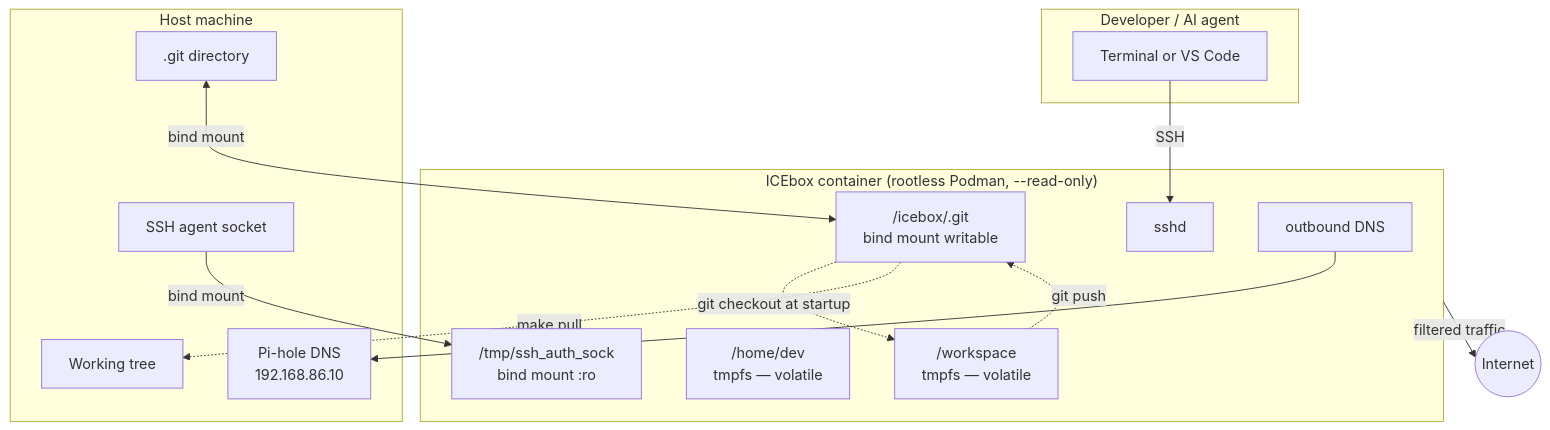
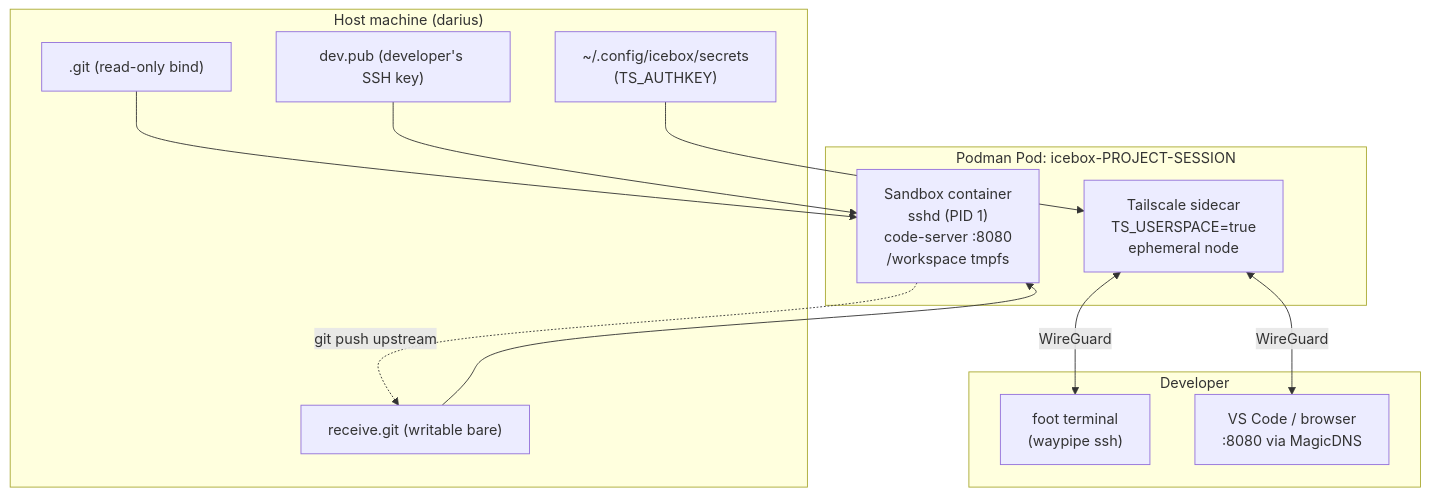
Before and after one commit to drusifer/icebox: the diagram in README.md, drawn with Mermaid. The commit also changed other lines of this file and 30 other files, not shown here.

````diff
--- a/README.md
+++ b/README.md
@@ -24,33 +29,27 @@
 ```mermaid
 graph TB
-    subgraph host["Host machine"]
-        git_dir[".git directory"]
-        wt["Working tree"]
-        agent["SSH agent socket"]
-        pihole["Pi-hole DNS\n192.168.86.10"]
+    subgraph host["Host machine (darius)"]
+        git_dir[".git (read-only bind)"]
+        receive["receive.git (writable bare)"]
+        dev_key["dev.pub (developer's SSH key)"]
+        secrets["~/.config/icebox/secrets\n(TS_AUTHKEY)"]
     end
 
-    subgraph container["ICEbox container  (rootless Podman, --read-only)"]
-        sshd["sshd"]
-        ws["/workspace\ntmpfs — volatile"]
-        home["/home/dev\ntmpfs — volatile"]
-        git_mnt["/icebox/.git\nbind mount writable"]
-        agent_mnt["/tmp/ssh_auth_sock\nbind mount :ro"]
-        dns_out["outbound DNS"]
+    subgraph pod["Podman Pod: icebox-PROJECT-SESSION"]
+        ts["Tailscale sidecar\nTS_USERSPACE=true\nephemeral node"]
+        sb["Sandbox container\nsshd (PID 1)\ncode-server :8080\n/workspace tmpfs"]
     end
 
-    subgraph dev["Developer / AI agent"]
-        terminal["Terminal or VS Code"]
+    subgraph dev["Developer"]
+        terminal["foot terminal\n(waypipe ssh)"]
+        browser["VS Code / browser\n:8080 via MagicDNS"]
     end
 
-    internet(("Internet"))
-
-    terminal -->|SSH| sshd
-    git_dir <-->|bind mount| git_mnt
-    agent -->|bind mount| agent_mnt
-    git_mnt -.->|git checkout at startup| ws
-    ws -.->|git push| git_mnt
-    git_mnt -.->|make pull| wt
-    dns_out --> pihole
-    container -->|filtered traffic| internet
+    secrets --> ts
+    git_dir --> sb
+    receive --> sb
+    dev_key --> sb
+    ts <-->|WireGuard| terminal
+    ts <-->|WireGuard| browser
+    sb -.->|git push upstream| receive
 ```
````
